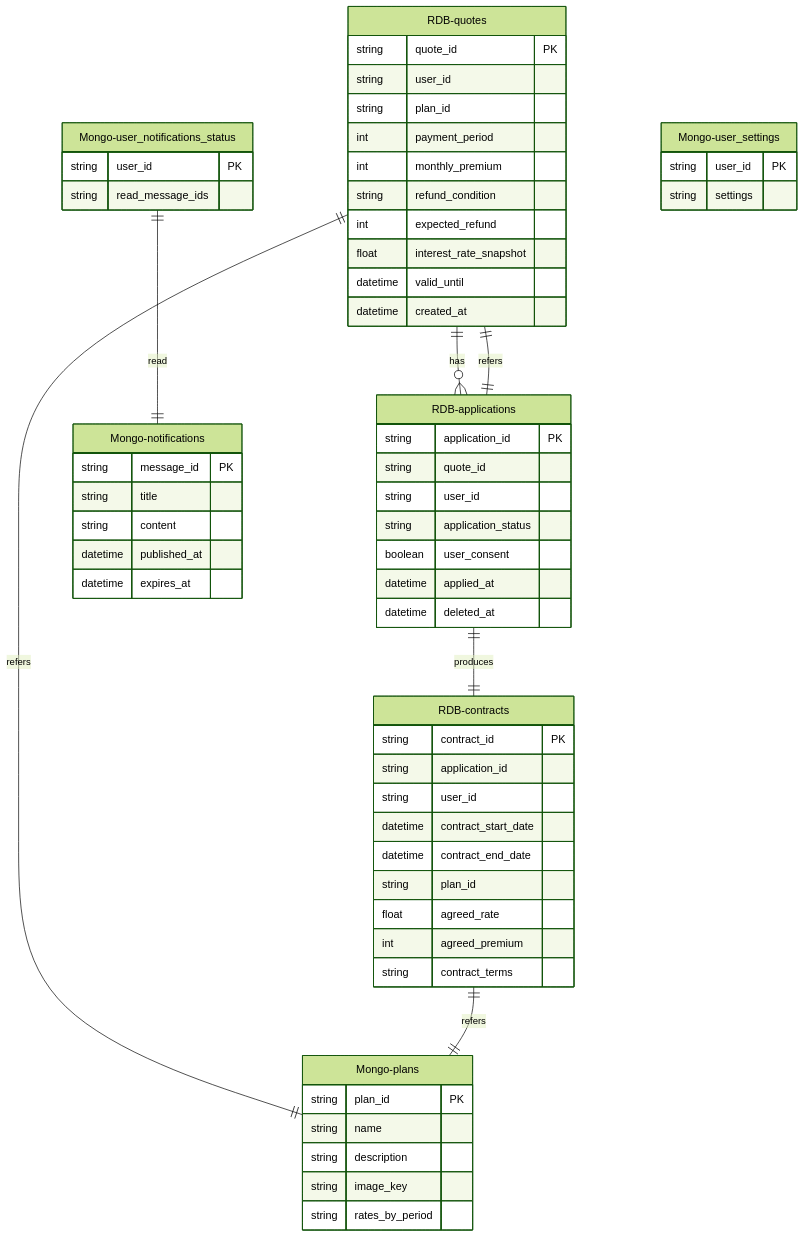
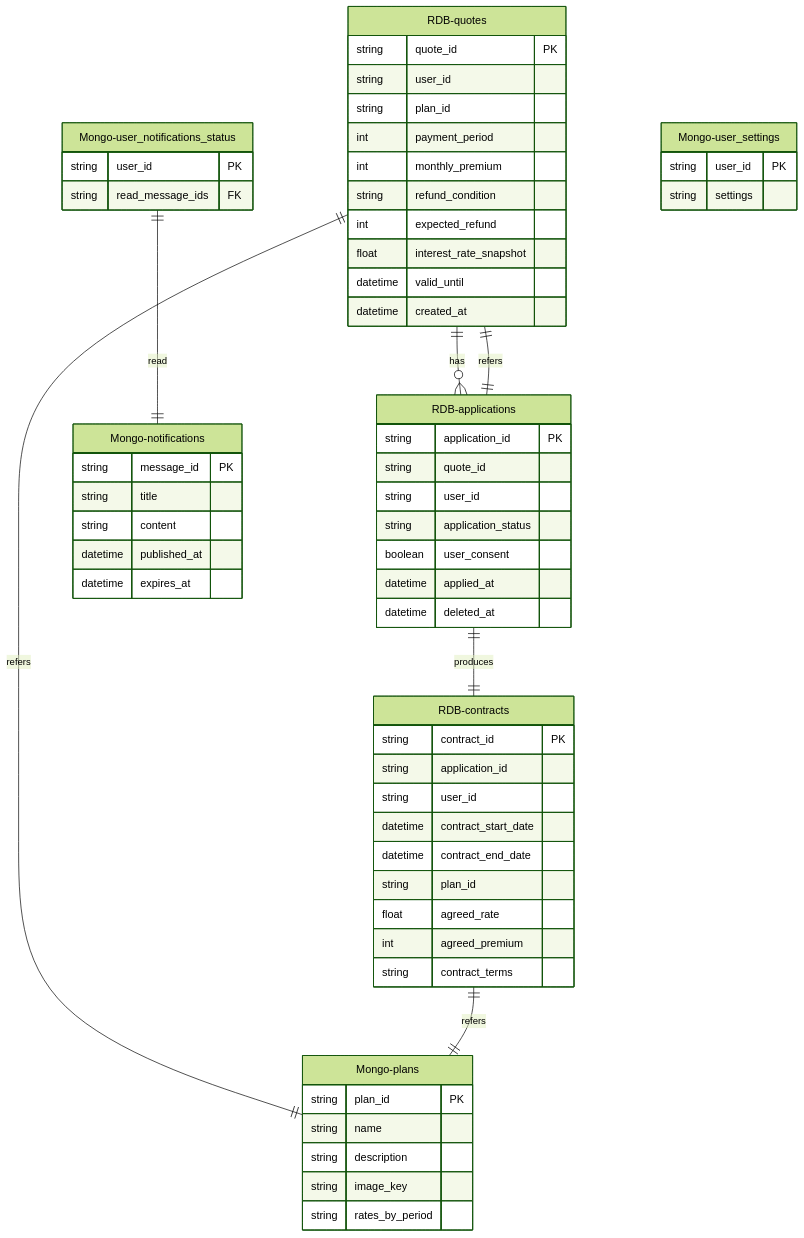
One commit to Yumapon/microservice_app changed the diagram in db/README.md. Above: the diagram before and after it, drawn with Mermaid (forest theme). The commit also changed 76 other files, not shown here.

````diff
--- a/db/README.md
+++ b/db/README.md
@@ -16,82 +16,82 @@
 ```mermaid
 erDiagram
 
 %% --- PostgreSQL (RDB) ---
 RDB-quotes {
     string quote_id PK
     string user_id
     string plan_id
     int payment_period
     int monthly_premium
     string refund_condition
     int expected_refund
     float interest_rate_snapshot
     datetime valid_until
     datetime created_at
 }
 
 RDB-applications {
     string application_id PK
     string quote_id
     string user_id
     string application_status  
     %% ENUM('pending', 'submitted', 'deleted')
     boolean user_consent
     datetime applied_at
     datetime deleted_at 
     %% nullable
 }
 
 RDB-contracts {
     string contract_id PK
     string application_id
     string user_id
     datetime contract_start_date
     datetime contract_end_date
     string plan_id
     float agreed_rate
     int agreed_premium
     string contract_terms 
     %% 本来TEXT
 }
 
 %% --- MongoDB (NoSQL) ---
 Mongo-plans {
     string plan_id PK
     string name
     string description
     string image_key
     string rates_by_period 
     %% JSON形式の配列（注記）
 }
 
 Mongo-notifications {
     string message_id PK
     string title
     string content
     datetime published_at
     datetime expires_at 
     %% optional
 }
 
 Mongo-user_notifications_status {
     string user_id PK
-    string read_message_ids 
+    string read_message_ids FK
     %% 配列（注記）
 }
 
 Mongo-user_settings {
     string user_id PK
     string settings 
     %% スキーマレスJSON（注記）
 }
 
 %% --- 関係 ---
 RDB-quotes ||--o{ RDB-applications : has
 RDB-applications ||--|| RDB-contracts : produces
 RDB-applications ||--|| RDB-quotes : refers
 RDB-quotes ||--|| Mongo-plans : refers
 RDB-contracts ||--|| Mongo-plans : refers
 Mongo-user_notifications_status ||--|| Mongo-notifications : read
 
 ```
````
